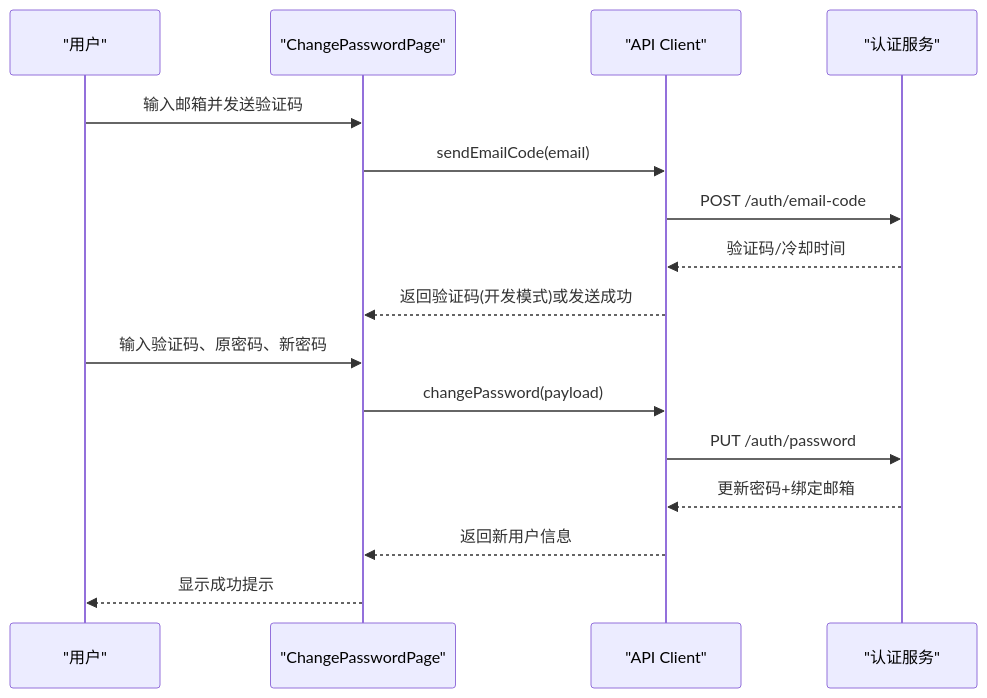
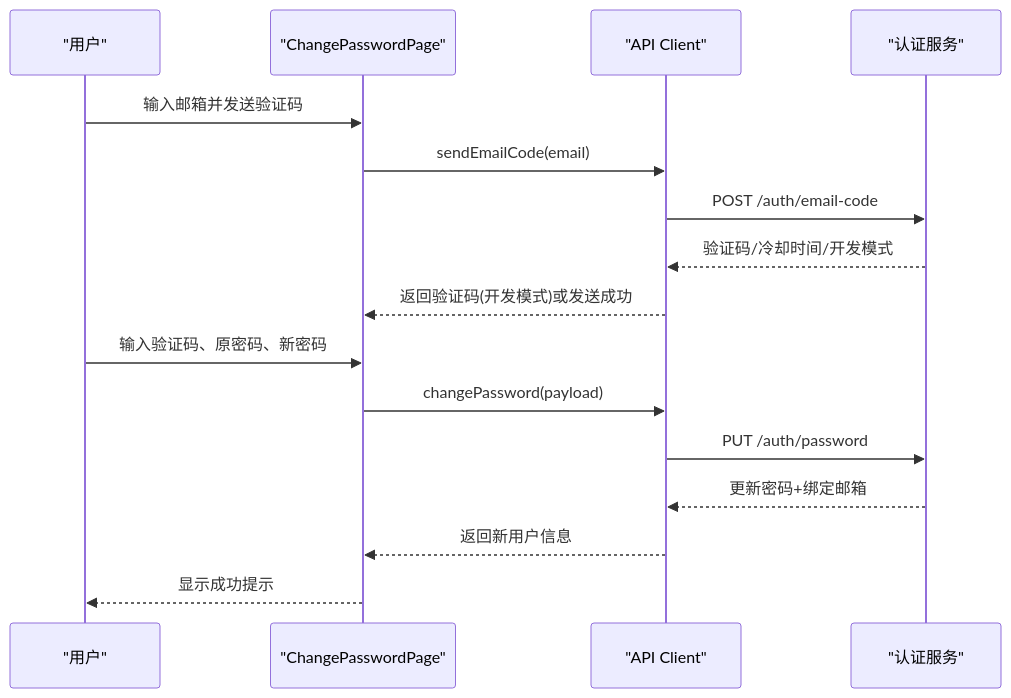
One commit to huangman881112/aiforip changed the tenth of 11 diagrams in .qoder/repowiki/zh/content/前端组件文档/用户界面组件/用户界面组件.md. Above: the diagram before and after it, drawn with Mermaid. The commit also changed other lines of this file and 87 other files, not shown here.

````diff
--- a/.qoder/repowiki/zh/content/前端组件文档/用户界面组件/用户界面组件.md
+++ b/.qoder/repowiki/zh/content/前端组件文档/用户界面组件/用户界面组件.md
@@ -509,18 +511,18 @@
 ```mermaid
 sequenceDiagram
 participant U as "用户"
 participant CP as "ChangePasswordPage"
 participant API as "API Client"
 participant AUTH as "认证服务"
 U->>CP : 输入邮箱并发送验证码
 CP->>API : sendEmailCode(email)
 API->>AUTH : POST /auth/email-code
-AUTH-->>API : 验证码/冷却时间
+AUTH-->>API : 验证码/冷却时间/开发模式
 API-->>CP : 返回验证码(开发模式)或发送成功
 U->>CP : 输入验证码、原密码、新密码
 CP->>API : changePassword(payload)
 API->>AUTH : PUT /auth/password
 AUTH-->>API : 更新密码+绑定邮箱
 API-->>CP : 返回新用户信息
 CP-->>U : 显示成功提示
 ```
````
